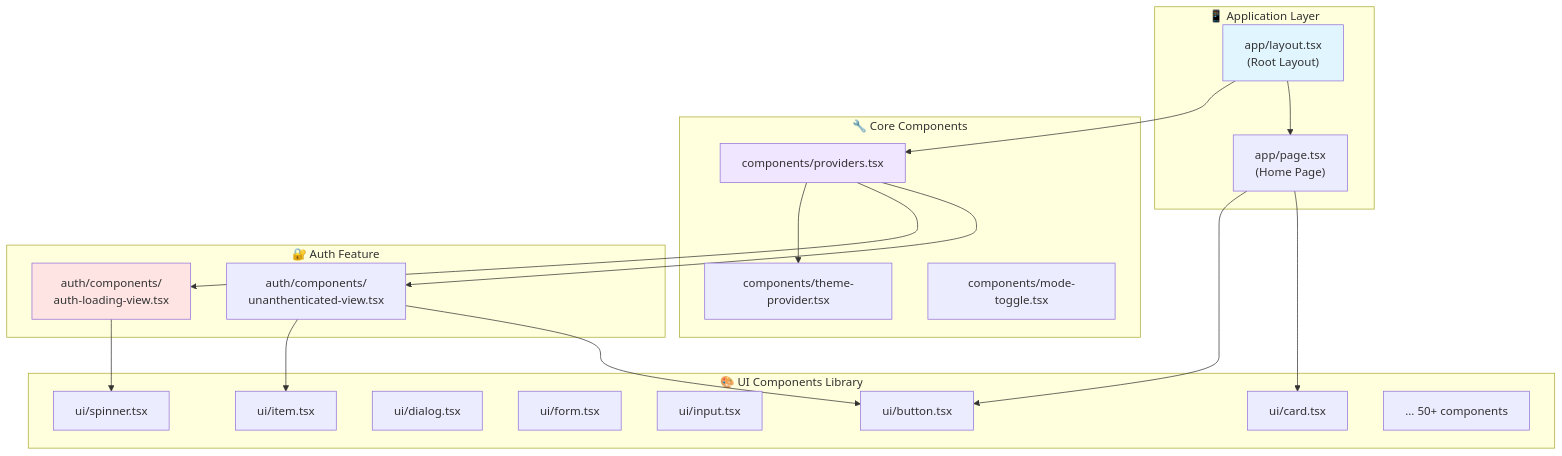
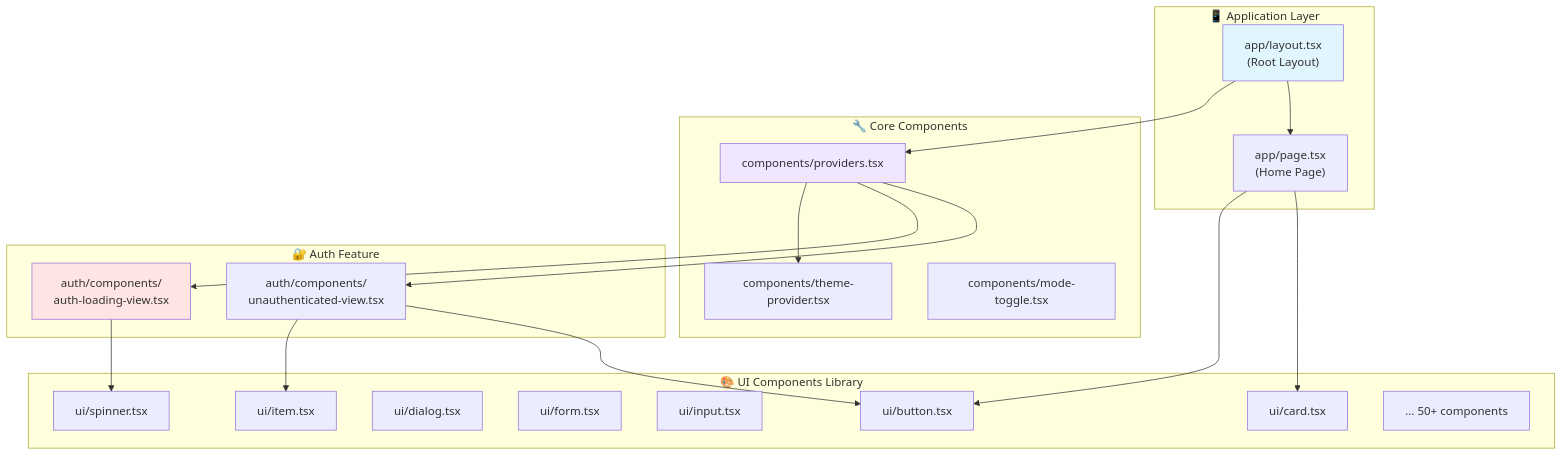
One commit to Code-with-Jok/v0-dev changed the sixth of 7 diagrams in docs/business-logic-mindmap.md. Above: the diagram before and after it, drawn with Mermaid. The commit also changed other lines of this file and 4 other files, not shown here.

Commit message:
feat: Add unauthenticated view component, Convex TypeScript configuration, and extensive documentation including business logic mindmap and setup guides.

````diff
--- a/docs/business-logic-mindmap.md
+++ b/docs/business-logic-mindmap.md
@@ -290,47 +231,47 @@
 ```mermaid
 graph TB
     subgraph "📱 Application Layer"
         App["app/layout.tsx<br/>(Root Layout)"]
         Home["app/page.tsx<br/>(Home Page)"]
     end
 
     subgraph "🔧 Core Components"
         Providers["components/providers.tsx"]
         ThemeProvider["components/theme-provider.tsx"]
         ModeToggle["components/mode-toggle.tsx"]
     end
 
     subgraph "🎨 UI Components Library"
         Button["ui/button.tsx"]
         Card["ui/card.tsx"]
         Dialog["ui/dialog.tsx"]
         Form["ui/form.tsx"]
         Input["ui/input.tsx"]
         Spinner["ui/spinner.tsx"]
         Item["ui/item.tsx"]
         Others["... 50+ components"]
     end
 
     subgraph "🔐 Auth Feature"
         AuthLoading["auth/components/<br/>auth-loading-view.tsx"]
-        Unauth["auth/components/<br/>unanthenticated-view.tsx"]
+        Unauth["auth/components/<br/>unauthenticated-view.tsx"]
     end
 
     App --> Providers
     App --> Home
 
     Providers --> ThemeProvider
     Providers --> AuthLoading
     Providers --> Unauth
 
     Home --> Button
     Home --> Card
 
     AuthLoading --> Spinner
     Unauth --> Item
     Unauth --> Button
 
     style App fill:#e1f5ff
     style Providers fill:#f0e6ff
     style AuthLoading fill:#ffe4e4
 ```
````
